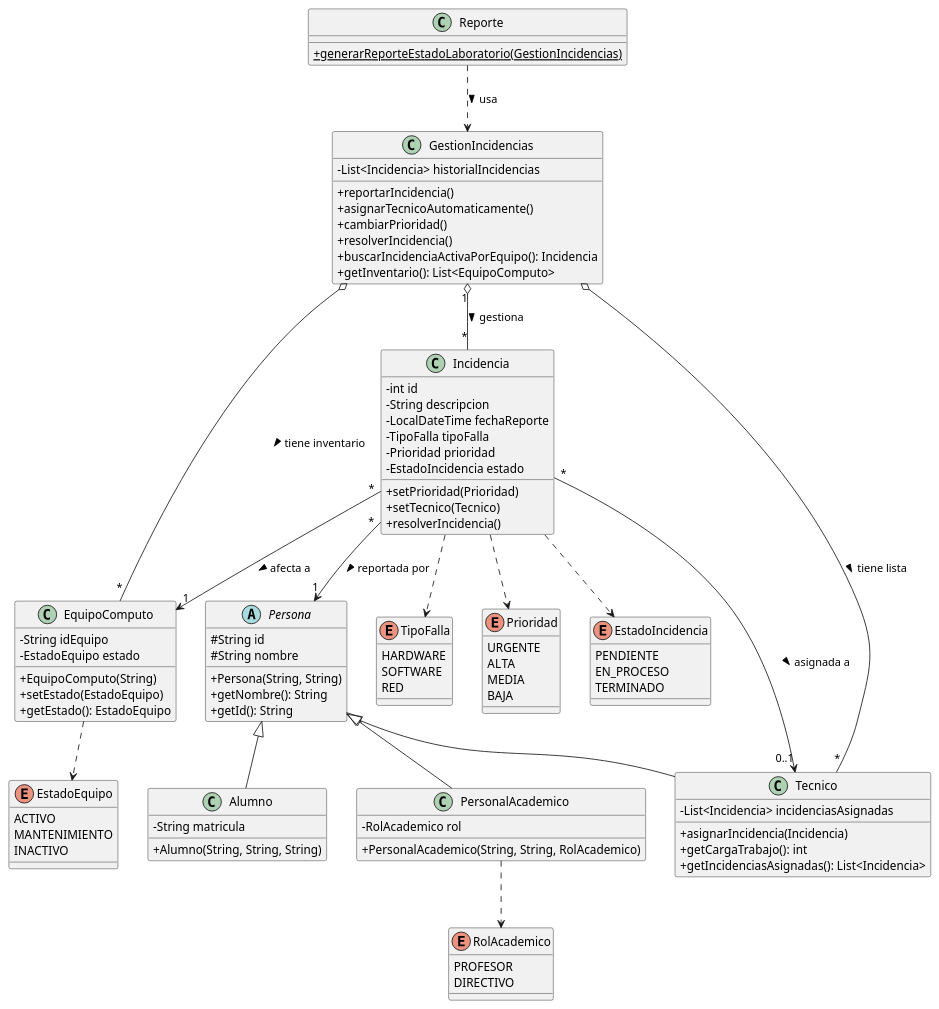
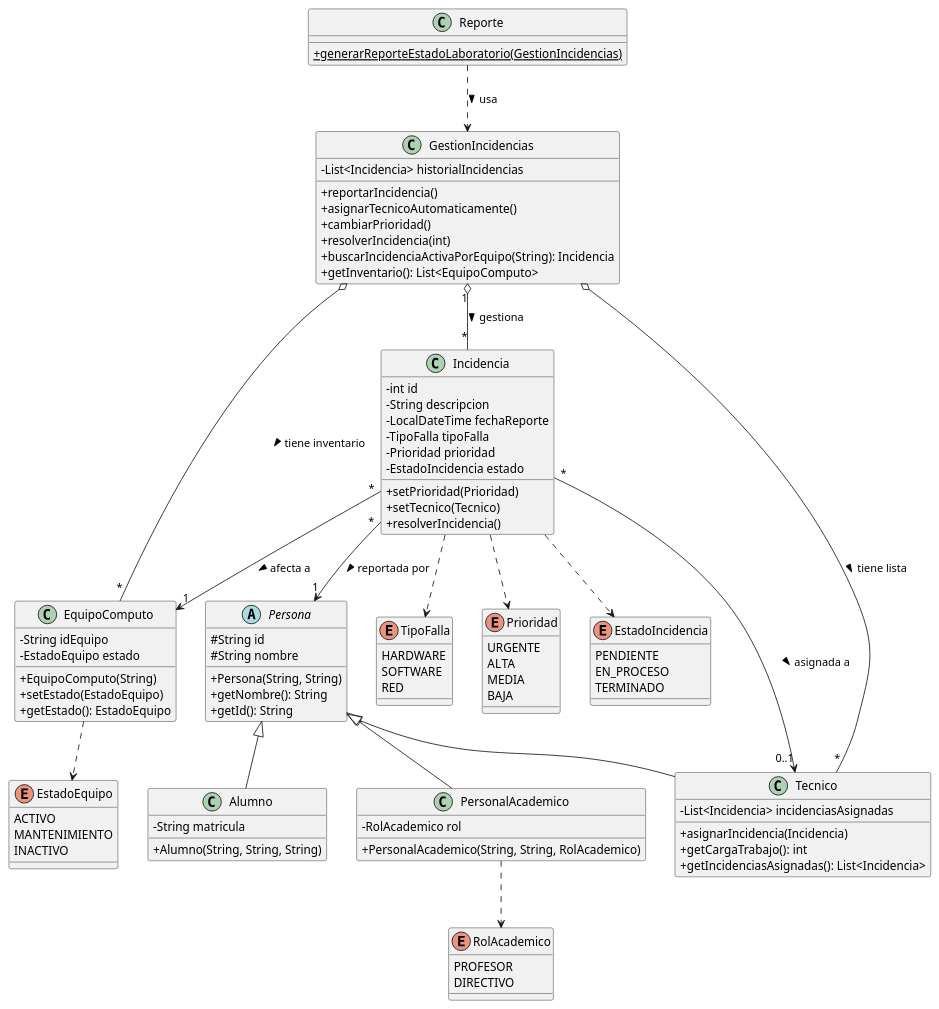
Before and after one commit to AltairRicano/Proyecto-POO: the diagram in src/UML.puml, drawn with PlantUML. The commit also changed 1 other file, not shown here.

```diff
--- a/src/UML.puml
+++ b/src/UML.puml
@@ -1,119 +1,122 @@
 @startuml
-' Configuración visual
+' Configuración visual para que sea limpio
 skinparam classAttributeIconSize 0
 
-' --- HERENCIA ---
+' --- HERENCIA (Persona es la clase padre) ---
 Persona <|-- Alumno
 Persona <|-- PersonalAcademico
 Persona <|-- Tecnico
 
 ' --- RELACIONES ---
 GestionIncidencias "1" o-- "*" Incidencia : gestiona >
 GestionIncidencias o-- "*" Tecnico : tiene lista >
 GestionIncidencias o-- "*" EquipoComputo : tiene inventario >
 
 Incidencia "*" --> "1" EquipoComputo : afecta a >
 Incidencia "*" --> "1" Persona : reportada por >
 Incidencia "*" --> "0..1" Tecnico : asignada a >
 
-' CORRECCIÓN: Aquí está la conexión que faltaba
+' Reporte depende de GestionIncidencias para leer el inventario
 Reporte ..> GestionIncidencias : usa >
 
-' Relaciones con Enums
+' Dependencias a Enums
 Incidencia ..> TipoFalla
 Incidencia ..> Prioridad
 Incidencia ..> EstadoIncidencia
 EquipoComputo ..> EstadoEquipo
 PersonalAcademico ..> RolAcademico
 
 ' --- CLASES ---
+
 abstract class Persona {
     #String id
     #String nombre
     +Persona(String, String)
     +getNombre(): String
     +getId(): String
 }
 
 class Alumno {
     -String matricula
     +Alumno(String, String, String)
 }
 
 class PersonalAcademico {
     -RolAcademico rol
     +PersonalAcademico(String, String, RolAcademico)
 }
 
 class Tecnico {
     -List<Incidencia> incidenciasAsignadas
     +asignarIncidencia(Incidencia)
     +getCargaTrabajo(): int
     +getIncidenciasAsignadas(): List<Incidencia>
 }
 
 class EquipoComputo {
     -String idEquipo
     -EstadoEquipo estado
     +EquipoComputo(String)
     +setEstado(EstadoEquipo)
     +getEstado(): EstadoEquipo
 }
 
 class Incidencia {
     -int id
     -String descripcion
     -LocalDateTime fechaReporte
     -TipoFalla tipoFalla
     -Prioridad prioridad
     -EstadoIncidencia estado
     +setPrioridad(Prioridad)
     +setTecnico(Tecnico)
     +resolverIncidencia()
 }
 
 class GestionIncidencias {
     -List<Incidencia> historialIncidencias
     +reportarIncidencia()
     +asignarTecnicoAutomaticamente()
     +cambiarPrioridad()
-    +resolverIncidencia()
-    +buscarIncidenciaActivaPorEquipo(): Incidencia
+    +resolverIncidencia(int)
+    +buscarIncidenciaActivaPorEquipo(String): Incidencia
     +getInventario(): List<EquipoComputo>
 }
 
 class Reporte {
+    ' Método actualizado para recibir el Gestor completo
     +{static} generarReporteEstadoLaboratorio(GestionIncidencias)
 }
 
 ' --- ENUMS ---
 enum TipoFalla {
     HARDWARE
     SOFTWARE
     RED
 }
 
 enum EstadoEquipo {
     ACTIVO
     MANTENIMIENTO
     INACTIVO
 }
 
 enum Prioridad {
     URGENTE
     ALTA
     MEDIA
     BAJA
 }
 
 enum EstadoIncidencia {
     PENDIENTE
     EN_PROCESO
     TERMINADO
 }
 
 enum RolAcademico {
     PROFESOR
     DIRECTIVO
 }
+
 @enduml
```
